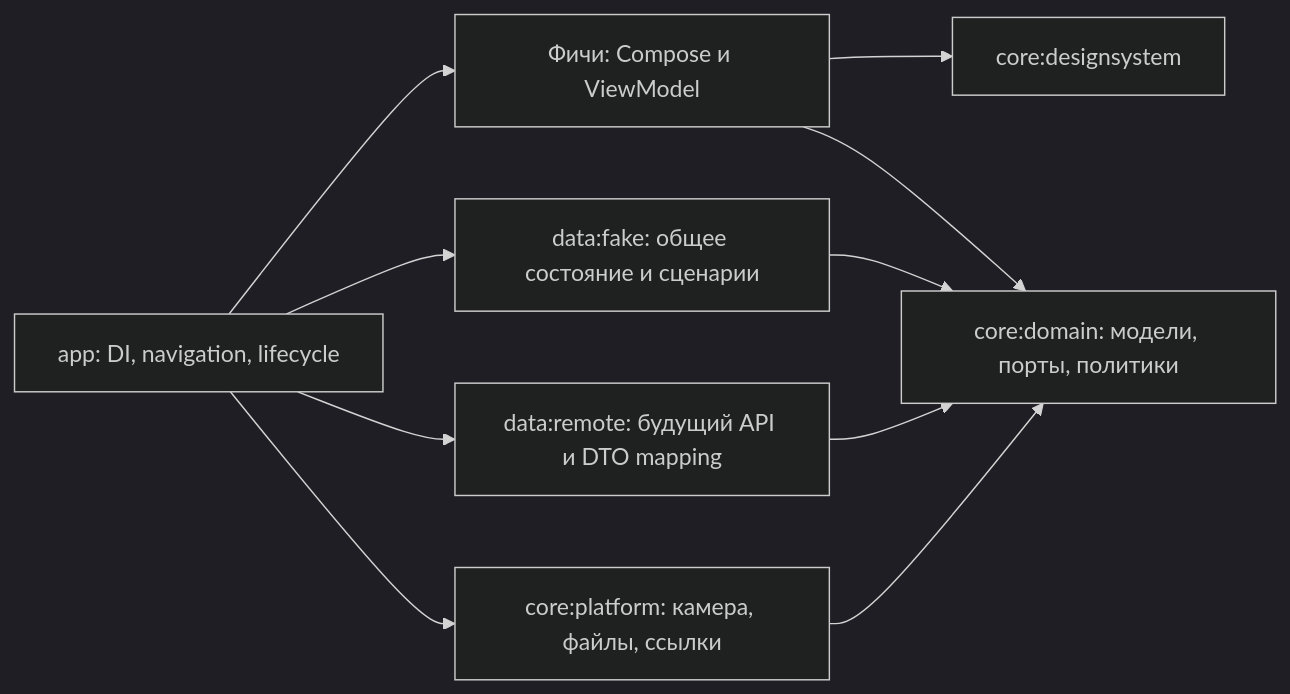
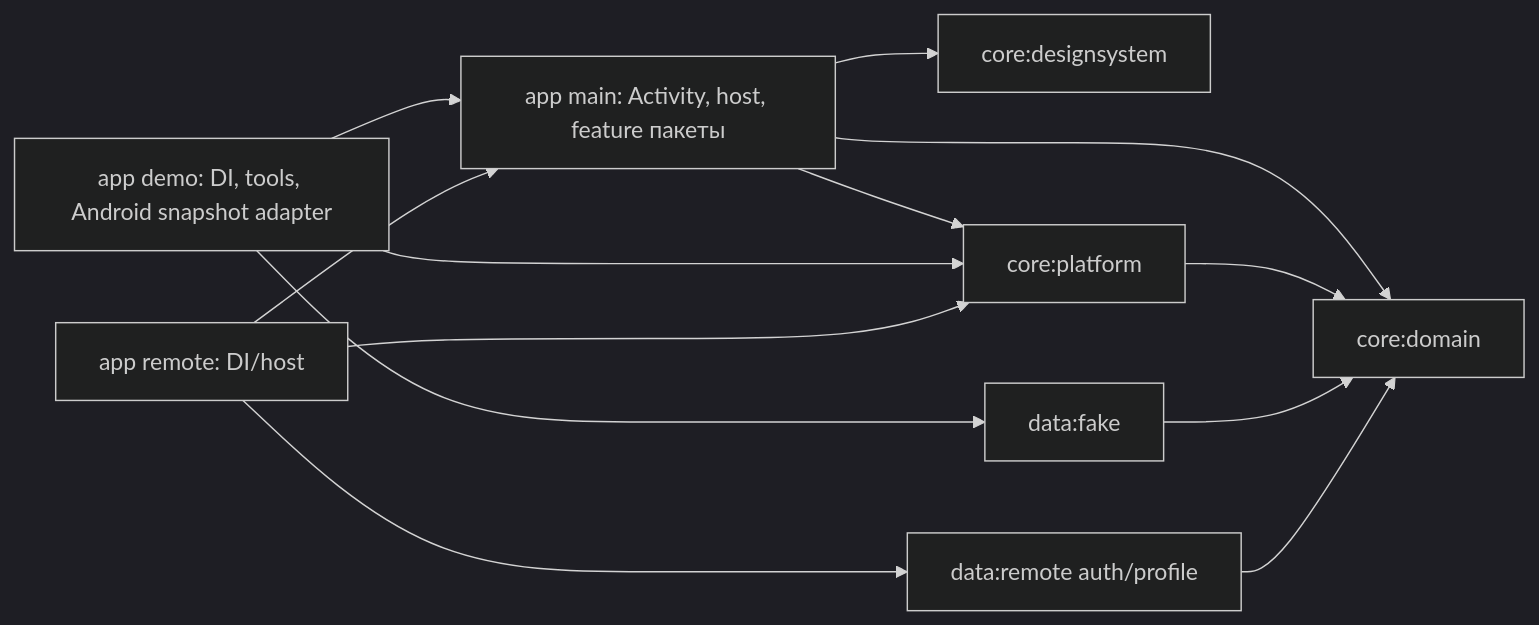
Before and after one commit to XataBq/EventManager: the first of 2 diagrams in docs/02-architecture.md, drawn with Mermaid (dark theme). The commit also changed other lines of this file and 119 other files, not shown here.

Commit message:
feat: integrate secure remote auth and isolated variants (T10 M01)

````diff
--- a/docs/02-architecture.md
+++ b/docs/02-architecture.md
@@ -71,12 +11,15 @@
 ```mermaid
 flowchart LR
-    app["app: DI, navigation, lifecycle"] --> features["Фичи: Compose и ViewModel"]
-    features --> design["core:designsystem"]
-    features --> domain["core:domain: модели, порты, политики"]
-    fake["data:fake: общее состояние и сценарии"] --> domain
-    remote["data:remote: будущий API и DTO mapping"] --> domain
-    app --> fake
-    app --> remote
-    platform["core:platform: камера, файлы, ссылки"] --> domain
-    app --> platform
+    appMain["app main: Activity, host, feature пакеты"] --> domain["core:domain"]
+    appMain --> design["core:designsystem"]
+    appMain --> platform["core:platform"]
+    platform --> domain
+    demo["app demo: DI, tools, Android snapshot adapter"] --> appMain
+    demo --> fake["data:fake"]
+    fake --> domain
+    demo --> platform
+    remoteApp["app remote: DI/host"] --> appMain
+    remoteApp --> remote["data:remote auth/profile"]
+    remote --> domain
+    remoteApp --> platform
 ```
````
